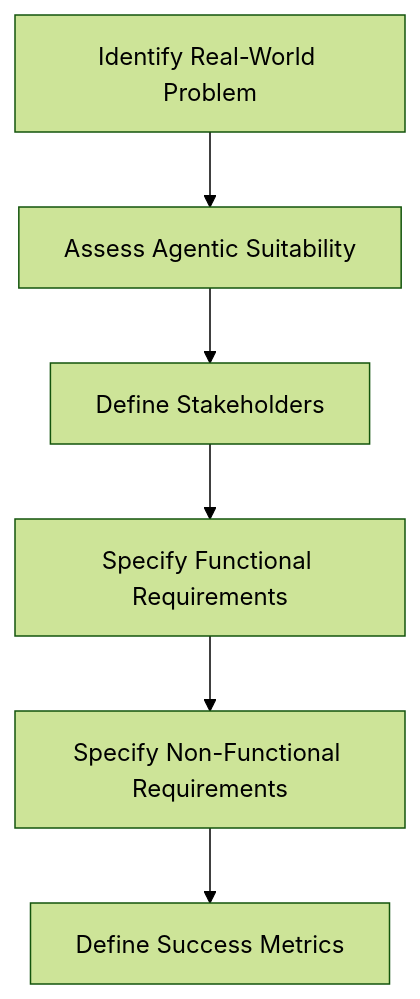
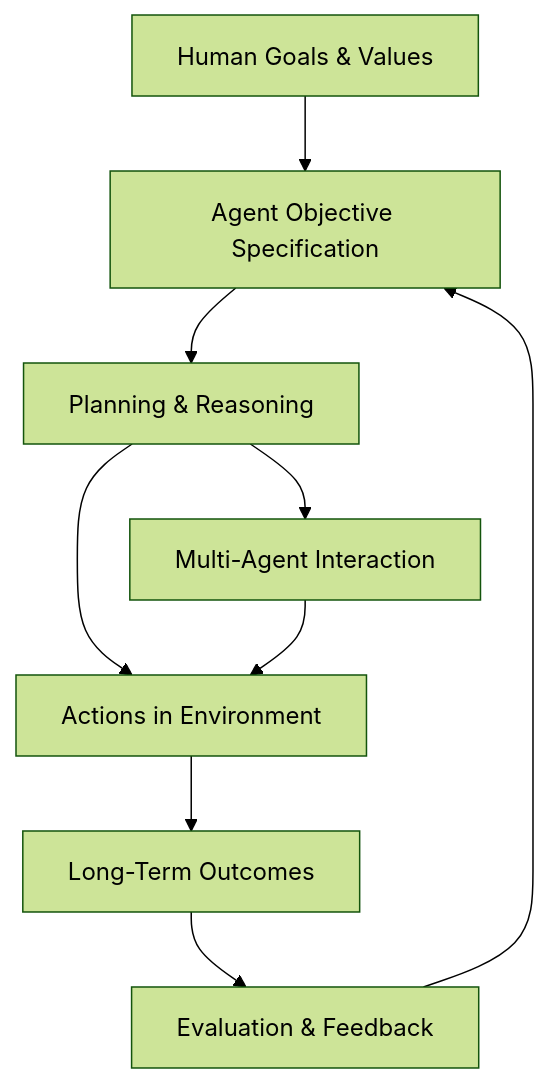
One commit to m-rizqinovniari/agentic-handbook changed the first of 4 diagrams in docusaurus/docs/part-4/chapter-16.md. Above: the diagram before and after it, drawn with Mermaid (forest theme). The commit also changed other lines of this file and 19 other files, not shown here.

````diff
--- a/docusaurus/docs/part-4/chapter-16.md
+++ b/docusaurus/docs/part-4/chapter-16.md
@@ -90,8 +74,11 @@
 ```mermaid
 flowchart TD
-    A[Identify Real-World Problem] --> B[Assess Agentic Suitability]
-    B --> C[Define Stakeholders]
-    C --> D[Specify Functional Requirements]
-    D --> E[Specify Non-Functional Requirements]
-    E --> F[Define Success Metrics]
+    A[Human Goals & Values] --> B[Agent Objective Specification]
+    B --> C[Planning & Reasoning]
+    C --> D[Actions in Environment]
+    D --> E[Long-Term Outcomes]
+    E --> F[Evaluation & Feedback]
+    F --> B
+    C --> G[Multi-Agent Interaction]
+    G --> D
 ```
````
